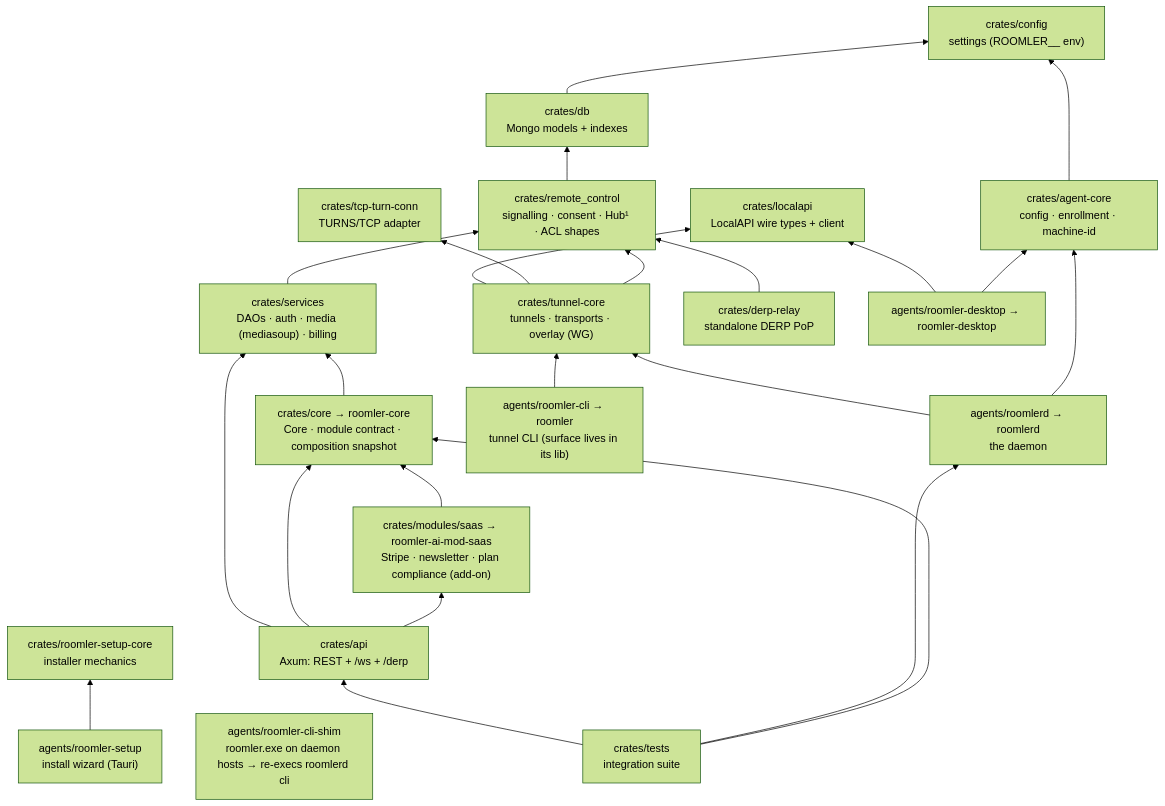
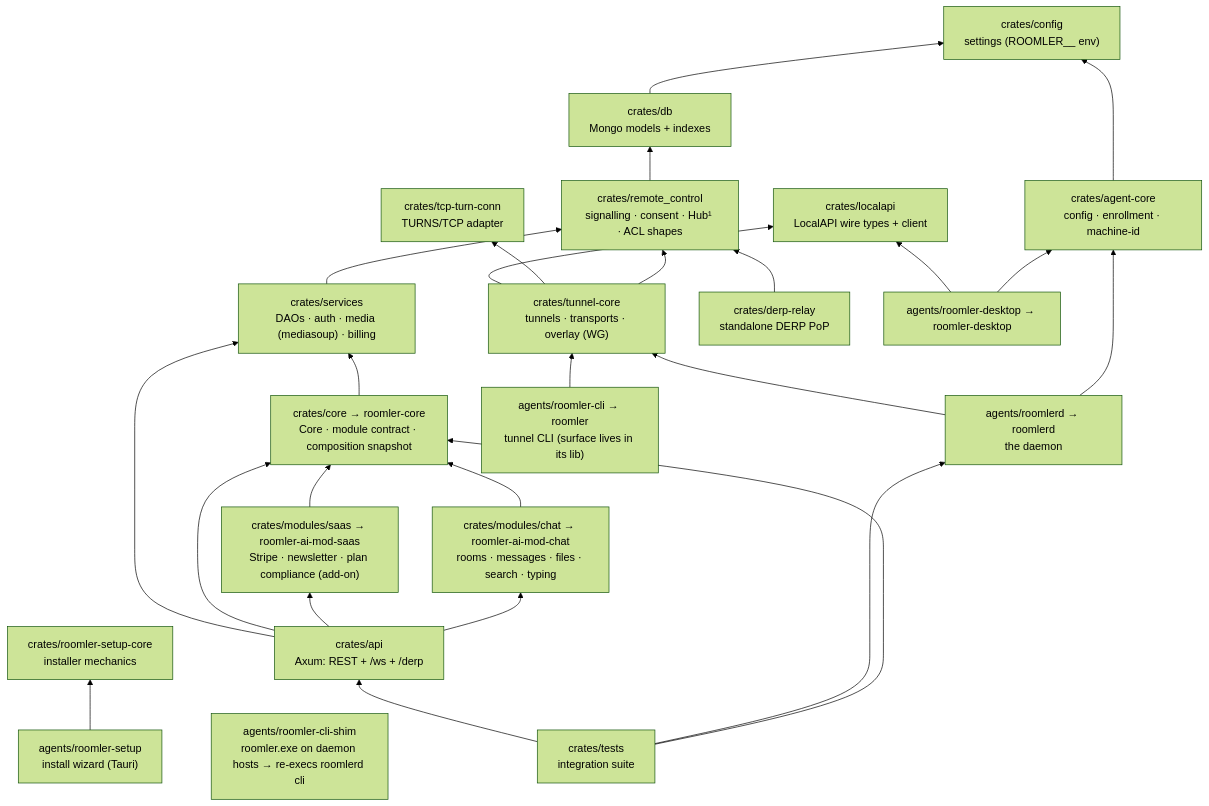
Before and after one commit to gjovanov/roomler-ai: the third of 4 diagrams in docs/architecture.md, drawn with Mermaid (forest theme). The commit also changed 3 other files, not shown here.

Commit message:
docs(fr): FR-69 — P3 in the spec, the ledger, the crate map and the architecture map (#1307)

````diff
--- a/docs/architecture.md
+++ b/docs/architecture.md
@@ -100,40 +100,42 @@
 ```mermaid
 flowchart BT
     config["crates/config<br/>settings (ROOMLER__ env)"]
     db["crates/db<br/>Mongo models + indexes"]
     core["crates/core → roomler-core<br/>Core · module contract · composition snapshot"]
     saas["crates/modules/saas → roomler-ai-mod-saas<br/>Stripe · newsletter · plan compliance (add-on)"]
+    chat["crates/modules/chat → roomler-ai-mod-chat<br/>rooms · messages · files · search · typing"]
     rc["crates/remote_control<br/>signalling · consent · Hub¹ · ACL shapes"]
     services["crates/services<br/>DAOs · auth · media (mediasoup) · billing"]
     api["crates/api<br/>Axum: REST + /ws + /derp"]
     tests["crates/tests<br/>integration suite"]
 
     localapi["crates/localapi<br/>LocalAPI wire types + client"]
     agentcore["crates/agent-core<br/>config · enrollment · machine-id"]
     tunnelcore["crates/tunnel-core<br/>tunnels · transports · overlay (WG)"]
     tcpturn["crates/tcp-turn-conn<br/>TURNS/TCP adapter"]
     derprelay["crates/derp-relay<br/>standalone DERP PoP"]
     setupcore["crates/roomler-setup-core<br/>installer mechanics"]
 
     roomlerd["agents/roomlerd → roomlerd<br/>the daemon"]
     tunnel["agents/roomler-cli → roomler<br/>tunnel CLI (surface lives in its lib)"]
     shim["agents/roomler-cli-shim<br/>roomler.exe on daemon hosts → re-execs roomlerd cli"]
     tray["agents/roomler-desktop → roomler-desktop"]
     setup["agents/roomler-setup<br/>install wizard (Tauri)"]
 
     db --> config
     core --> services
     saas --> core
+    chat --> core
     rc --> db
     services --> rc
-    api --> services & core & saas
+    api --> services & core & saas & chat
     tests --> api & roomlerd & core
 
     tunnelcore --> localapi & tcpturn & rc
     agentcore --> config
     roomlerd --> tunnelcore & agentcore
     tunnel --> tunnelcore
     tray --> localapi & agentcore
     setup --> setupcore
     derprelay --> rc
 ```
````
